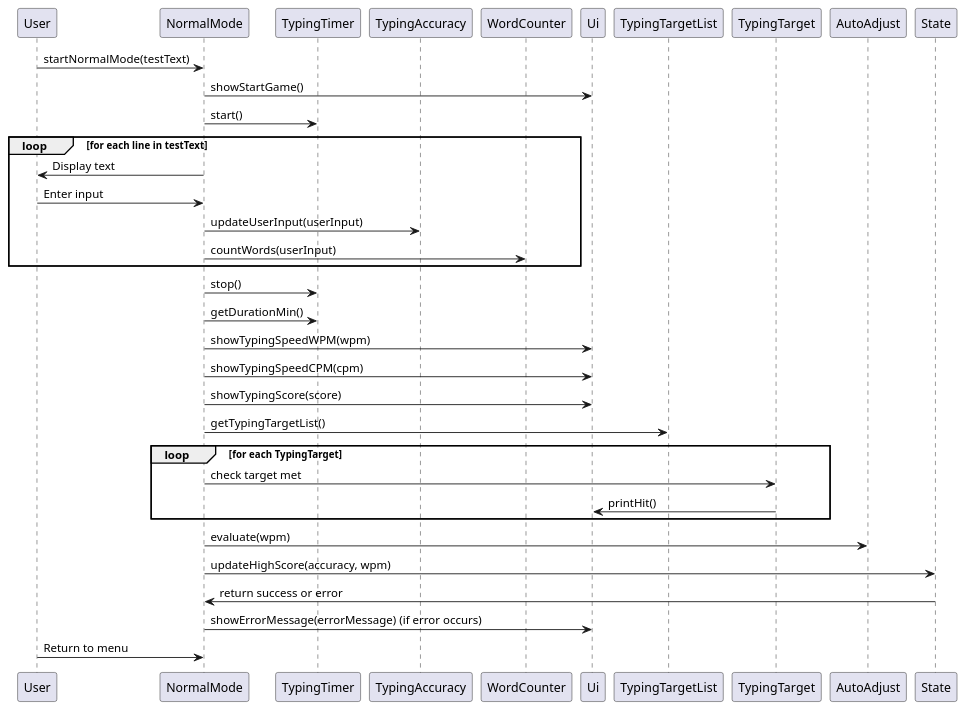
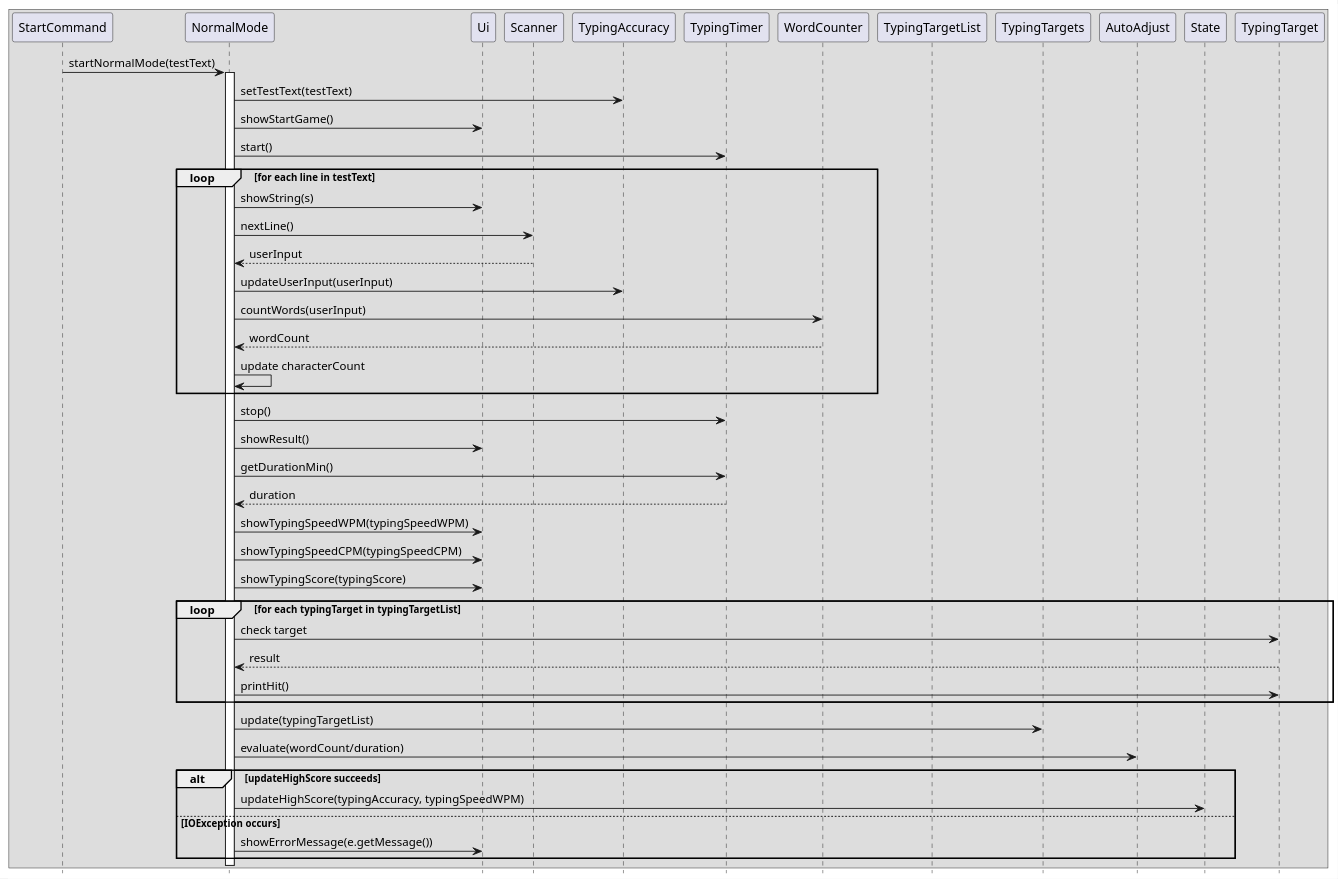
Before and after one commit to AY2425S2-CS2113-F13-2/tp: the diagram in docs/diagrams/SeqDiagramNormalMode.puml, drawn with PlantUML. The commit also changed 7 other files, not shown here.

```diff
--- a/docs/diagrams/SeqDiagramNormalMode.puml
+++ b/docs/diagrams/SeqDiagramNormalMode.puml
@@ -1,39 +1,62 @@
 @startuml
+'https://plantuml.com/sequence-diagram
+hide footbox
 
-participant User
-participant NormalMode
-participant TypingTimer
-participant TypingAccuracy
-participant WordCounter
-participant Ui
-participant TypingTargetList
-participant TypingTarget
-participant AutoAdjust
-participant State
+box
+participant "StartCommand" as StartCommand
+participant "NormalMode" as NormalMode
+participant "Ui" as Ui
+participant "Scanner" as Scanner
+participant "TypingAccuracy" as TypingAccuracy
+participant "TypingTimer" as TypingTimer
+participant "WordCounter" as WordCounter
+participant "TypingTargetList" as TypingTargetList
+participant "TypingTargets" as TypingTargets
+participant "AutoAdjust" as AutoAdjust
+participant "State" as State
 
-User -> NormalMode: startNormalMode(testText)
-NormalMode -> Ui: showStartGame()
-NormalMode -> TypingTimer: start()
+StartCommand -> NormalMode : startNormalMode(testText)
+activate NormalMode
+NormalMode -> TypingAccuracy : setTestText(testText)
+NormalMode -> Ui : showStartGame()
+NormalMode -> TypingTimer : start()
+
 loop for each line in testText
-    NormalMode -> User: Display text
-    User -> NormalMode: Enter input
-    NormalMode -> TypingAccuracy: updateUserInput(userInput)
-    NormalMode -> WordCounter: countWords(userInput)
+    NormalMode -> Ui : showString(s)
+    NormalMode -> Scanner : nextLine()
+    Scanner --> NormalMode : userInput
+    NormalMode -> TypingAccuracy : updateUserInput(userInput)
+    NormalMode -> WordCounter : countWords(userInput)
+    WordCounter --> NormalMode : wordCount
+    NormalMode -> NormalMode : update characterCount
 end
-NormalMode -> TypingTimer: stop()
-NormalMode -> TypingTimer: getDurationMin()
-NormalMode -> Ui: showTypingSpeedWPM(wpm)
-NormalMode -> Ui: showTypingSpeedCPM(cpm)
-NormalMode -> Ui: showTypingScore(score)
-NormalMode -> TypingTargetList: getTypingTargetList()
-loop for each TypingTarget
-    NormalMode -> TypingTarget: check target met
-    TypingTarget -> Ui: printHit()
+
+NormalMode -> TypingTimer : stop()
+NormalMode -> Ui : showResult()
+NormalMode -> TypingTimer : getDurationMin()
+TypingTimer --> NormalMode : duration
+
+NormalMode -> Ui : showTypingSpeedWPM(typingSpeedWPM)
+NormalMode -> Ui : showTypingSpeedCPM(typingSpeedCPM)
+NormalMode -> Ui : showTypingScore(typingScore)
+
+loop for each typingTarget in typingTargetList
+    NormalMode -> TypingTarget : check target
+    TypingTarget --> NormalMode : result
+    NormalMode -> TypingTarget : printHit()
 end
-NormalMode -> AutoAdjust: evaluate(wpm)
-NormalMode -> State: updateHighScore(accuracy, wpm)
-State -> NormalMode: return success or error
-NormalMode -> Ui: showErrorMessage(errorMessage) (if error occurs)
-User -> NormalMode: Return to menu
+
+NormalMode -> TypingTargets : update(typingTargetList)
+NormalMode -> AutoAdjust : evaluate(wordCount/duration)
+
+alt updateHighScore succeeds
+    NormalMode -> State : updateHighScore(typingAccuracy, typingSpeedWPM)
+else IOException occurs
+    NormalMode -> Ui : showErrorMessage(e.getMessage())
+end
+
+end box
+
+
 
 @enduml
```
